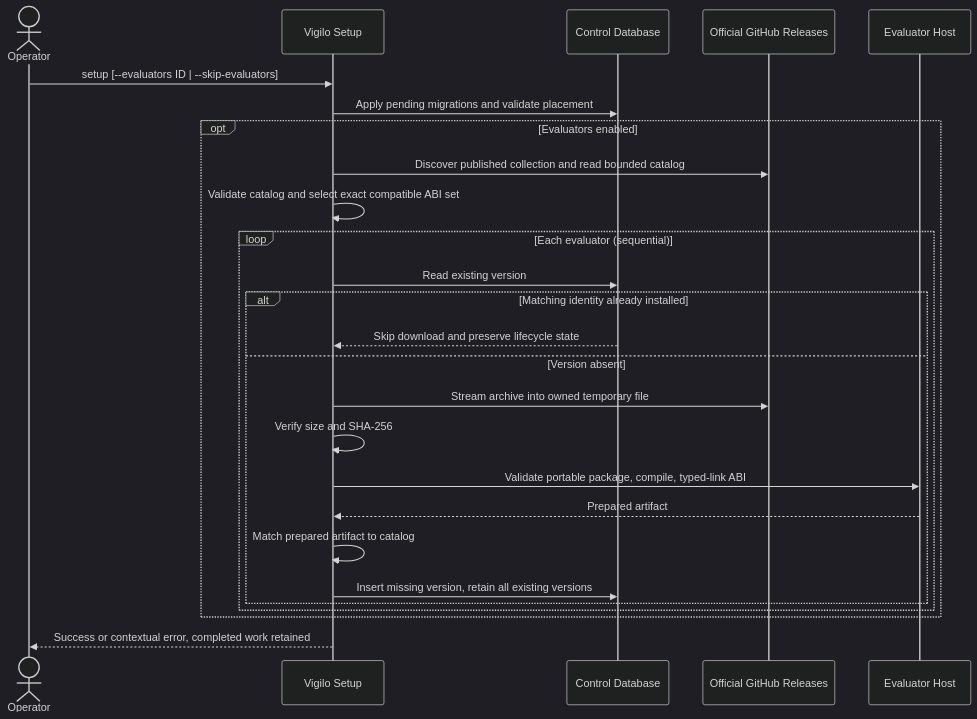
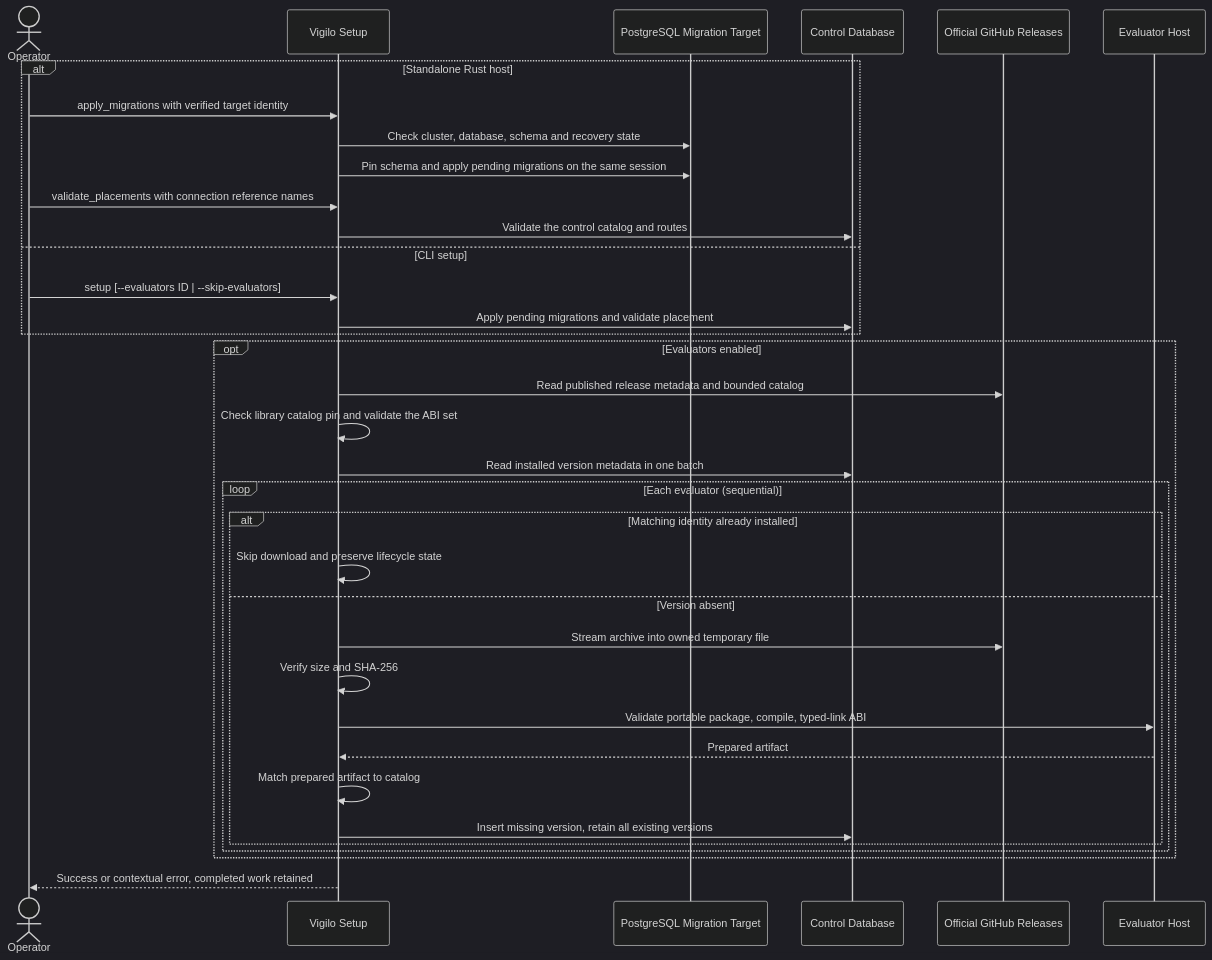
The diagram in web/docs/architecture/flows/setup/execution-flow.mmd (agent-vigilo/vigilo), drawn with Mermaid (dark theme) before and after one commit. The commit also changed 14 other files, not shown here.

Commit message:
add verified library setup and pinned evaluator installation

```diff
--- a/web/docs/architecture/flows/setup/execution-flow.mmd
+++ b/web/docs/architecture/flows/setup/execution-flow.mmd
@@ -1,26 +1,35 @@
 sequenceDiagram
     actor Operator
-    participant CLI as Vigilo Setup
+    participant Setup as Vigilo Setup
+    participant Target as PostgreSQL Migration Target
     participant DB as Control Database
     participant GitHub as Official GitHub Releases
     participant Host as Evaluator Host
-    Operator->>CLI: setup [--evaluators ID | --skip-evaluators]
-    CLI->>DB: Apply pending migrations and validate placement
+    alt Standalone Rust host
+        Operator->>Setup: apply_migrations with verified target identity
+        Setup->>Target: Check cluster, database, schema and recovery state
+        Setup->>Target: Pin schema and apply pending migrations on the same session
+        Operator->>Setup: validate_placements with connection reference names
+        Setup->>DB: Validate the control catalog and routes
+    else CLI setup
+        Operator->>Setup: setup [--evaluators ID | --skip-evaluators]
+        Setup->>DB: Apply pending migrations and validate placement
+    end
     opt Evaluators enabled
-        CLI->>GitHub: Discover published collection and read bounded catalog
-        CLI->>CLI: Validate catalog and select exact compatible ABI set
+        Setup->>GitHub: Read published release metadata and bounded catalog
+        Setup->>Setup: Check library catalog pin and validate the ABI set
+        Setup->>DB: Read installed version metadata in one batch
         loop Each evaluator (sequential)
-            CLI->>DB: Read existing version
             alt Matching identity already installed
-                DB-->>CLI: Skip download and preserve lifecycle state
+                Setup->>Setup: Skip download and preserve lifecycle state
             else Version absent
-                CLI->>GitHub: Stream archive into owned temporary file
-                CLI->>CLI: Verify size and SHA-256
-                CLI->>Host: Validate portable package, compile, typed-link ABI
-                Host-->>CLI: Prepared artifact
-                CLI->>CLI: Match prepared artifact to catalog
-                CLI->>DB: Insert missing version, retain all existing versions
+                Setup->>GitHub: Stream archive into owned temporary file
+                Setup->>Setup: Verify size and SHA-256
+                Setup->>Host: Validate portable package, compile, typed-link ABI
+                Host-->>Setup: Prepared artifact
+                Setup->>Setup: Match prepared artifact to catalog
+                Setup->>DB: Insert missing version, retain all existing versions
             end
         end
     end
-    CLI-->>Operator: Success or contextual error, completed work retained
+    Setup-->>Operator: Success or contextual error, completed work retained
```
